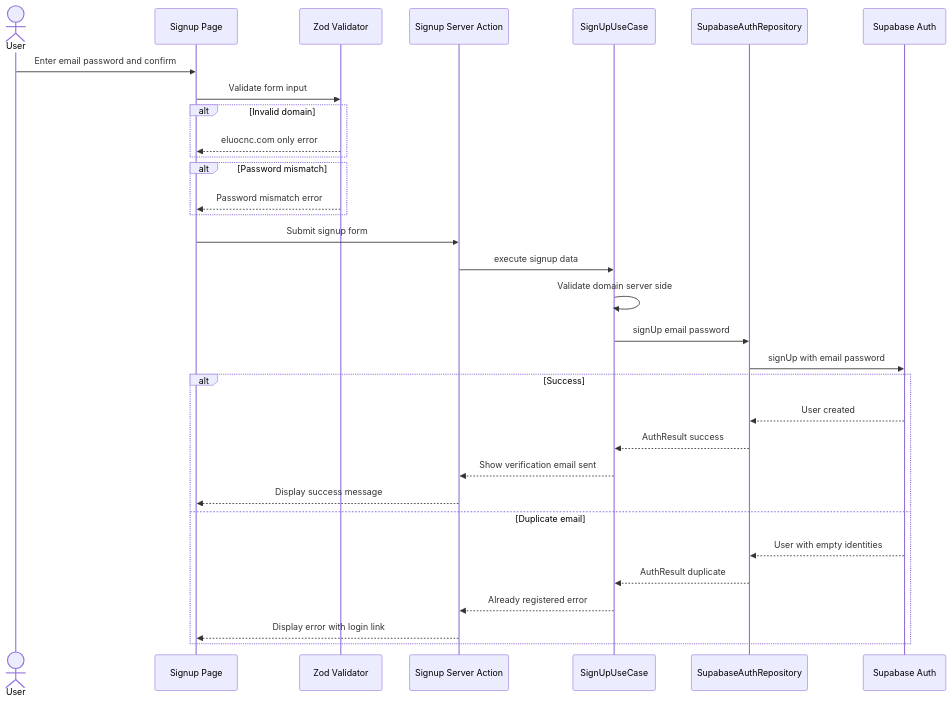
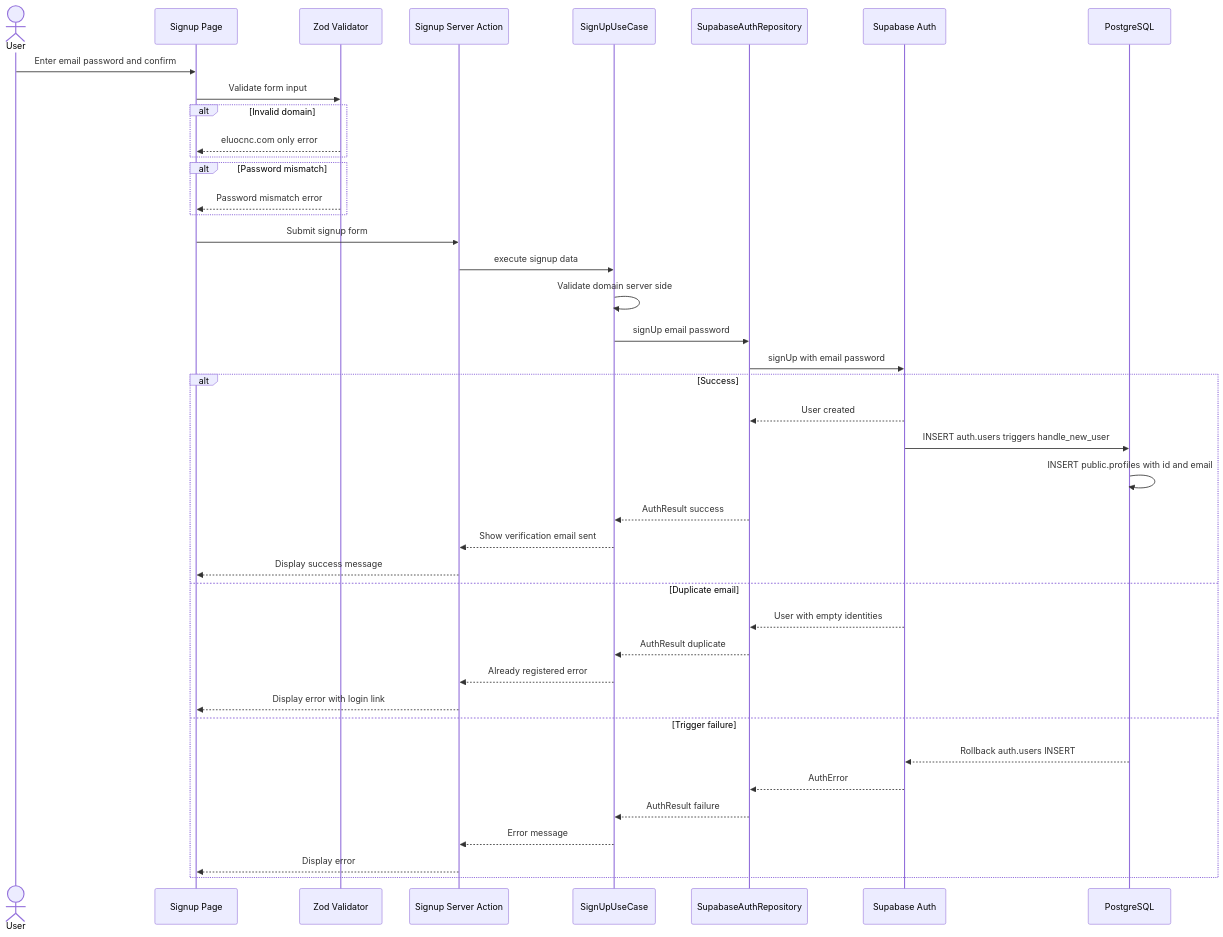
One commit to eluoaxjun/eluo-skill-hub changed the third of 5 diagrams in .kiro/specs/auth-login-signup/design.md. Above: the diagram before and after it, drawn with Mermaid. The commit also changed other lines of this file and 144 other files, not shown here.

````diff
--- a/.kiro/specs/auth-login-signup/design.md
+++ b/.kiro/specs/auth-login-signup/design.md
@@ -136,35 +144,44 @@
 ```mermaid
 sequenceDiagram
     actor User
     participant SP as Signup Page
     participant ZV as Zod Validator
     participant SA as Signup Server Action
     participant UC as SignUpUseCase
     participant SR as SupabaseAuthRepository
     participant SB as Supabase Auth
+    participant DB as PostgreSQL
 
     User->>SP: Enter email password and confirm
     SP->>ZV: Validate form input
     alt Invalid domain
         ZV-->>SP: eluocnc.com only error
     end
     alt Password mismatch
         ZV-->>SP: Password mismatch error
     end
     SP->>SA: Submit signup form
     SA->>UC: execute signup data
     UC->>UC: Validate domain server side
     UC->>SR: signUp email password
     SR->>SB: signUp with email password
     alt Success
         SB-->>SR: User created
+        SB->>DB: INSERT auth.users triggers handle_new_user
+        DB->>DB: INSERT public.profiles with id and email
         SR-->>UC: AuthResult success
         UC-->>SA: Show verification email sent
         SA-->>SP: Display success message
     else Duplicate email
         SB-->>SR: User with empty identities
         SR-->>UC: AuthResult duplicate
         UC-->>SA: Already registered error
         SA-->>SP: Display error with login link
+    else Trigger failure
+        DB-->>SB: Rollback auth.users INSERT
+        SB-->>SR: AuthError
+        SR-->>UC: AuthResult failure
+        UC-->>SA: Error message
+        SA-->>SP: Display error
     end
 ```
````
